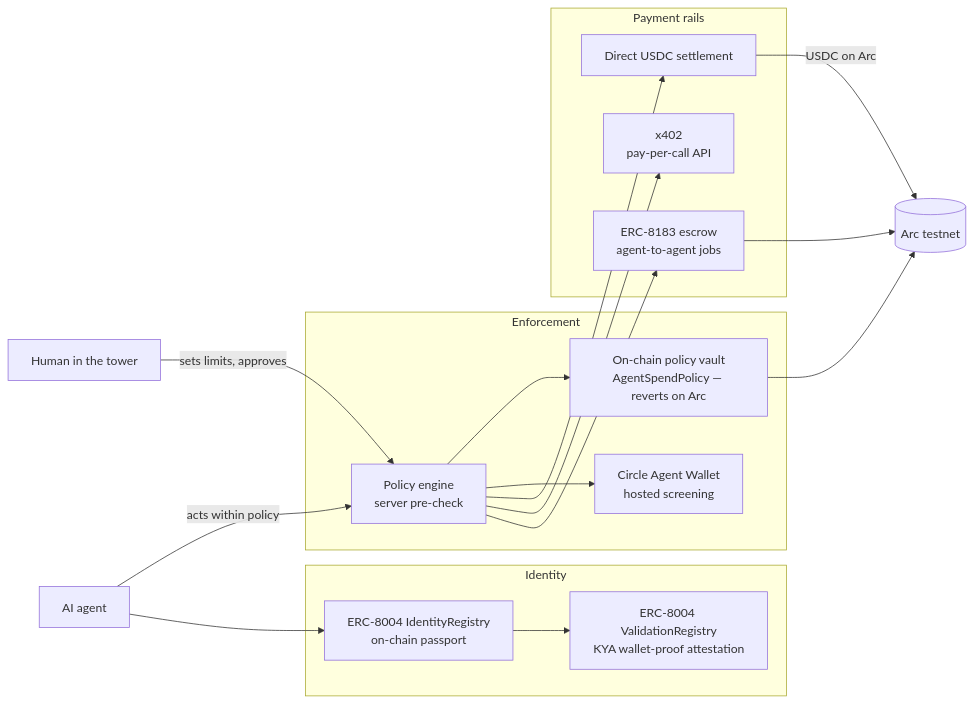
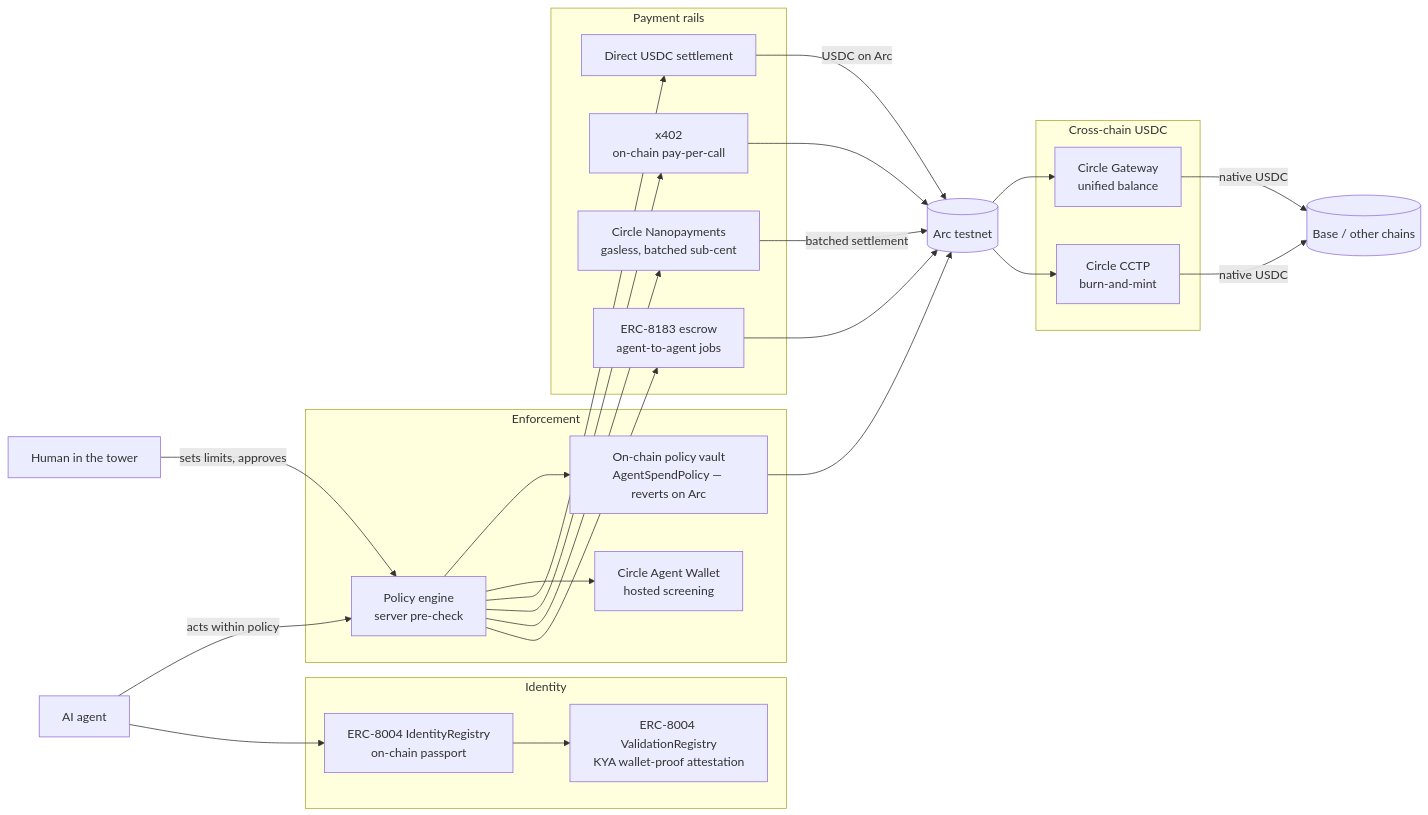
The diagram in ARCHITECTURE.md (mericcintosun/a-identity), drawn with Mermaid before and after one commit.

Commit message:
docs(arch): add Nanopayments + Gateway + CCTP to the architecture diagram
The submission requires an architecture diagram showing the Circle tools used; the
mermaid flow now includes all five (USDC, Wallets, Gateway, Nanopayments, CCTP), not
just x402/escrow/direct.

````diff
--- a/ARCHITECTURE.md
+++ b/ARCHITECTURE.md
@@ -14,26 +14,34 @@
 ```mermaid
 flowchart LR
   H[Human in the tower] -->|sets limits, approves| P
   A[AI agent] -->|acts within policy| P
   subgraph Identity
     ID[ERC-8004 IdentityRegistry<br/>on-chain passport]
     KYA[ERC-8004 ValidationRegistry<br/>KYA wallet-proof attestation]
   end
   subgraph Enforcement
     P[Policy engine<br/>server pre-check]
     V[On-chain policy vault<br/>AgentSpendPolicy — reverts on Arc]
     C[Circle Agent Wallet<br/>hosted screening]
   end
   subgraph Payment rails
-    X[x402<br/>pay-per-call API]
+    X[x402<br/>on-chain pay-per-call]
+    N[Circle Nanopayments<br/>gasless, batched sub-cent]
     E[ERC-8183 escrow<br/>agent-to-agent jobs]
     S[Direct USDC settlement]
+  end
+  subgraph Cross-chain USDC
+    G[Circle Gateway<br/>unified balance]
+    CC[Circle CCTP<br/>burn-and-mint]
   end
   A --> ID --> KYA
   P --> V
   P --> C
-  P --> S & X & E
+  P --> S & X & N & E
   S -->|USDC on Arc| OUT[(Arc testnet)]
   V --> OUT
   E --> OUT
+  X --> OUT
+  N -->|batched settlement| OUT
+  OUT --> G & CC -->|native USDC| OTHER[(Base / other chains)]
 ```
````
